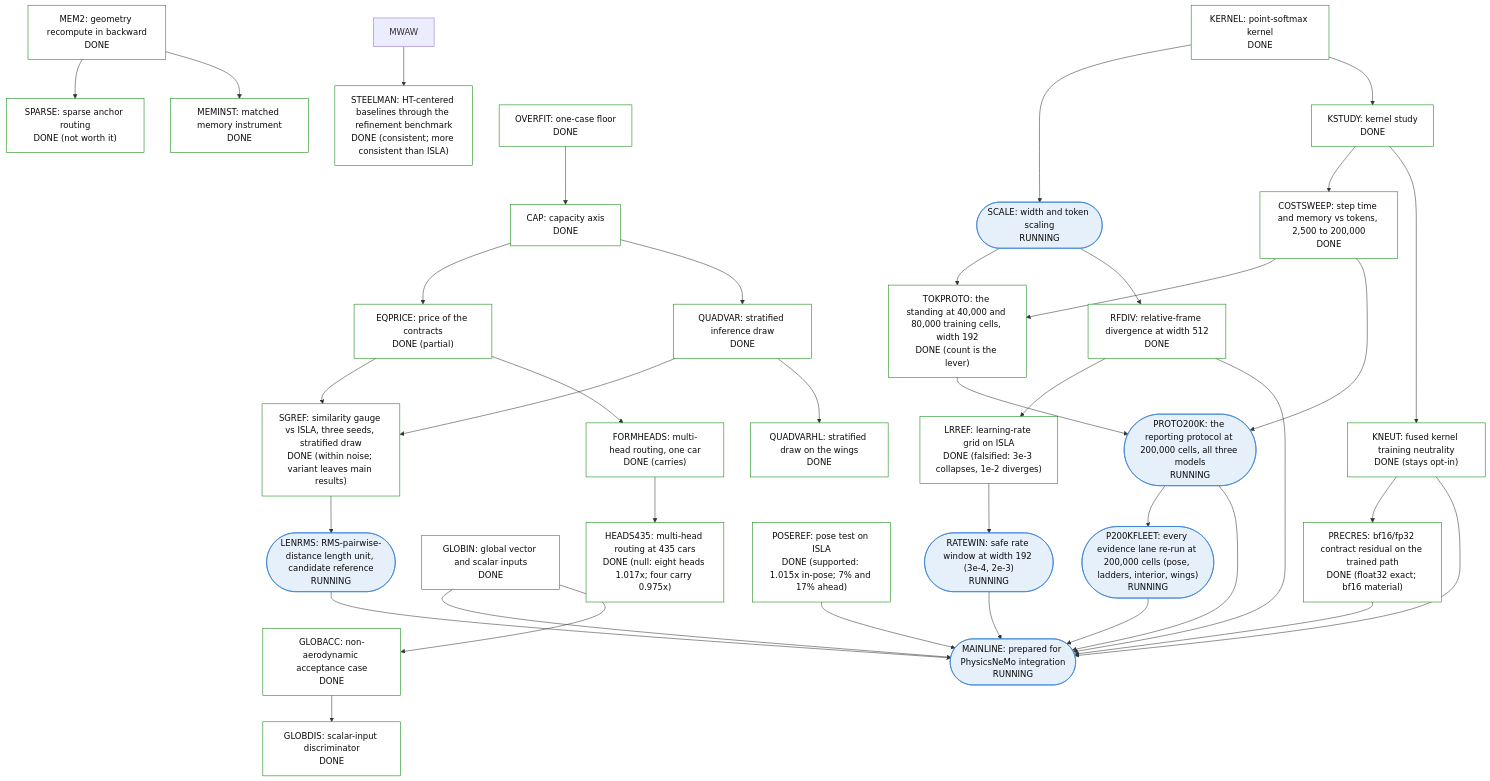
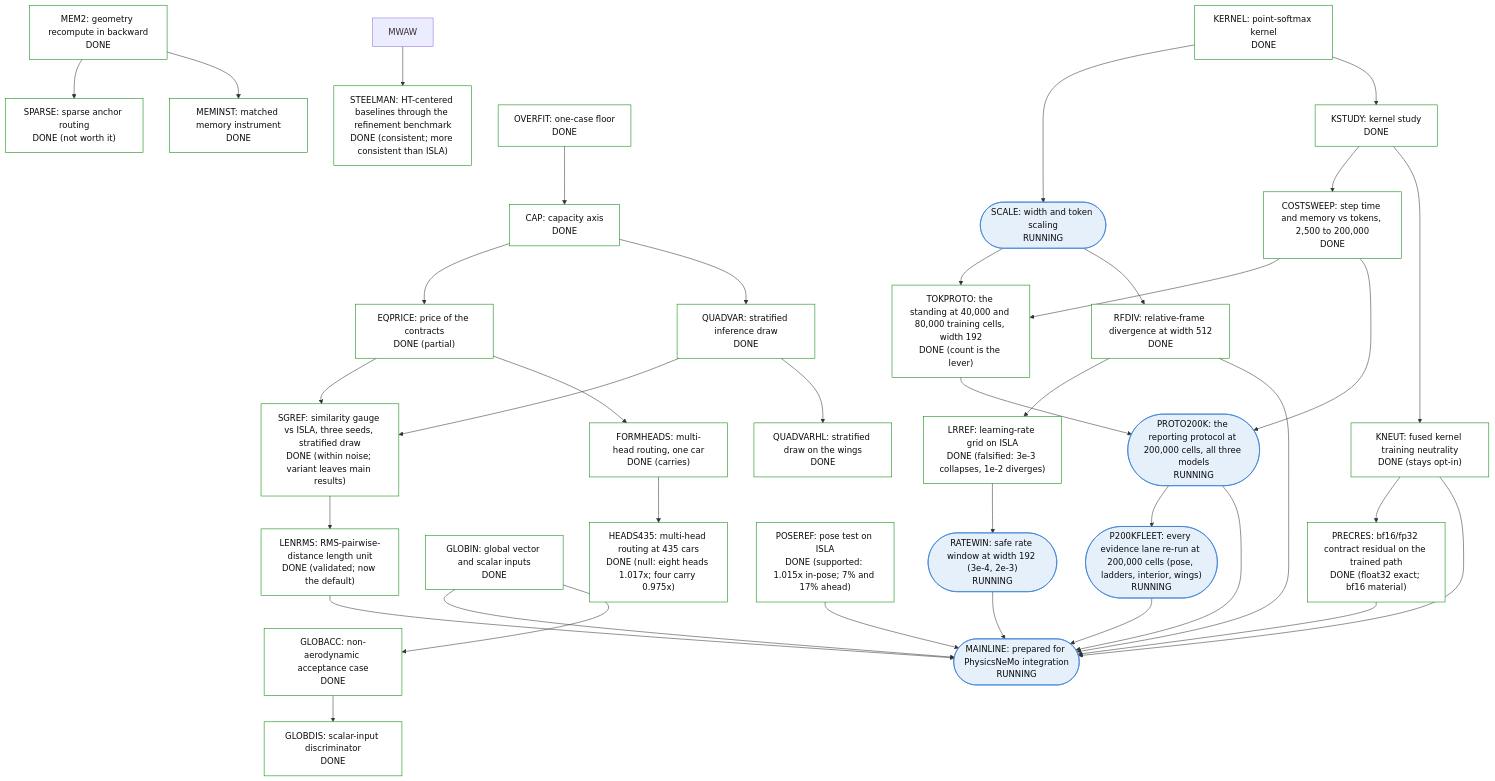
The fifth of 5 diagrams in examples/cfd/mesh_transformer/book/13-program-status.qmd (peterdsharpe/physicsnemo), drawn with Mermaid before and after one commit. The commit also changed other lines of this file and 12 other files, not shown here.

````diff
--- a/examples/cfd/mesh_transformer/book/13-program-status.qmd
+++ b/examples/cfd/mesh_transformer/book/13-program-status.qmd
@@ -281,77 +281,77 @@
 ```{mermaid}
 %%| fig-cap: >
 %%|   Sub-tree 5: cost, scale, deficit anatomy and mainline. HEADS435 is the
 %%|   one node RUNNING with a bar that could change ISLA's
 %%|   configuration; MAINLINE is the productization node.
 flowchart TB
     classDef done fill:#ffffff,stroke:#008300,color:#0b0b0b
     classDef running fill:#e6f0fb,stroke:#2a78d6,color:#0b0b0b
     classDef planned fill:#ffffff,stroke:#898781,color:#0b0b0b,stroke-dasharray:4 3
     classDef stopped fill:#f4f3ee,stroke:#52514e,color:#0b0b0b
     MEM2["MEM2: geometry recompute in backward<br/>DONE"]:::done
     MEMINST["MEMINST: matched memory instrument<br/>DONE"]:::done
     SPARSE["SPARSE: sparse anchor routing<br/>DONE (not worth it)"]:::done
     KERNEL["KERNEL: point-softmax kernel<br/>DONE"]:::done
     KSTUDY["KSTUDY: kernel study<br/>DONE"]:::done
     KNEUT["KNEUT: fused kernel training neutrality<br/>DONE (stays opt-in)"]:::done
     SCALE(["SCALE: width and token scaling<br/>RUNNING"]):::running
     RFDIV["RFDIV: relative-frame divergence at width 512<br/>DONE"]:::done
     OVERFIT["OVERFIT: one-case floor<br/>DONE"]:::done
     CAP["CAP: capacity axis<br/>DONE"]:::done
     QUADVAR["QUADVAR: stratified inference draw<br/>DONE"]:::done
     QUADVARHL["QUADVARHL: stratified draw on the wings<br/>DONE"]:::done
     EQPRICE["EQPRICE: price of the contracts<br/>DONE (partial)"]:::done
     FORMHEADS["FORMHEADS: multi-head routing, one car<br/>DONE (carries)"]:::done
     HEADS435["HEADS435: multi-head routing at 435 cars<br/>DONE (null: eight heads 1.017x; four carry 0.975x)"]:::done
     GLOBIN["GLOBIN: global vector and scalar inputs<br/>DONE"]:::done
     GLOBACC["GLOBACC: non-aerodynamic acceptance case<br/>DONE"]:::done
     GLOBDIS["GLOBDIS: scalar-input discriminator<br/>DONE"]:::done
     MAINLINE(["MAINLINE: prepared for PhysicsNeMo integration<br/>RUNNING"]):::running
     PRECRES["PRECRES: bf16/fp32 contract residual on the trained path<br/>DONE (float32 exact; bf16 material)"]:::done
     SGREF["SGREF: similarity gauge vs ISLA, three seeds, stratified draw<br/>DONE (within noise; variant leaves main results)"]:::done
     POSEREF["POSEREF: pose test on ISLA<br/>DONE (supported: 1.015x in-pose; 7% and 17% ahead)"]:::done
     LRREF["LRREF: learning-rate grid on ISLA<br/>DONE (falsified: 3e-3 collapses, 1e-2 diverges)"]:::done
     RATEWIN(["RATEWIN: safe rate window at width 192 (3e-4, 2e-3)<br/>RUNNING"]):::running
-    LENRMS(["LENRMS: RMS-pairwise-distance length unit, candidate reference<br/>RUNNING"]):::running
+    LENRMS["LENRMS: RMS-pairwise-distance length unit<br/>DONE (validated; now the default)"]:::done
     STEELMAN["STEELMAN: HT-centered baselines through the refinement benchmark<br/>DONE (consistent; more consistent than ISLA)"]:::done
     TOKPROTO["TOKPROTO: the standing at 40,000 and 80,000 training cells, width 192<br/>DONE (count is the lever)"]:::done
     PROTO200K(["PROTO200K: the reporting protocol at 200,000 cells, all three models<br/>RUNNING"]):::running
     P200KFLEET(["P200KFLEET: every evidence lane re-run at 200,000 cells (pose, ladders, interior, wings)<br/>RUNNING"]):::running
     COSTSWEEP["COSTSWEEP: step time and memory vs tokens, 2,500 to 200,000<br/>DONE"]:::done
     MEM2 --> MEMINST
     MEM2 --> SPARSE
     KERNEL --> KSTUDY
     KSTUDY --> KNEUT
     KERNEL --> SCALE
     SCALE --> RFDIV
     OVERFIT --> CAP
     CAP --> QUADVAR
     QUADVAR --> QUADVARHL
     CAP --> EQPRICE
     EQPRICE --> FORMHEADS
     FORMHEADS --> HEADS435
     GLOBIN --> GLOBACC
     GLOBACC --> GLOBDIS
     GLOBIN --> MAINLINE
     RFDIV --> MAINLINE
     KNEUT --> MAINLINE
     KNEUT --> PRECRES
     PRECRES --> MAINLINE
     QUADVAR --> SGREF
     EQPRICE --> SGREF
     RFDIV --> LRREF
     POSEREF --> MAINLINE
     LRREF --> RATEWIN
     RATEWIN --> MAINLINE
     SGREF --> LENRMS
     LENRMS --> MAINLINE
     MWAW --> STEELMAN
     SCALE --> TOKPROTO
     TOKPROTO --> PROTO200K
     COSTSWEEP --> PROTO200K
     PROTO200K --> MAINLINE
     PROTO200K --> P200KFLEET
     P200KFLEET --> MAINLINE
     KSTUDY --> COSTSWEEP
     COSTSWEEP --> TOKPROTO
 ```
````
